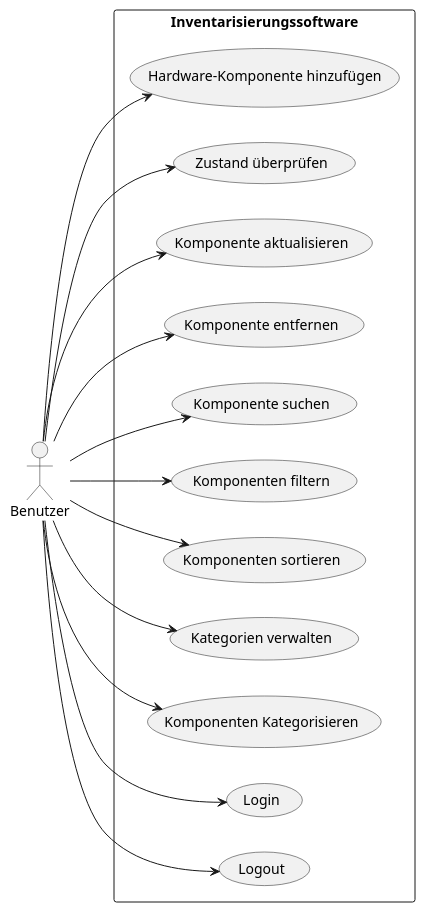
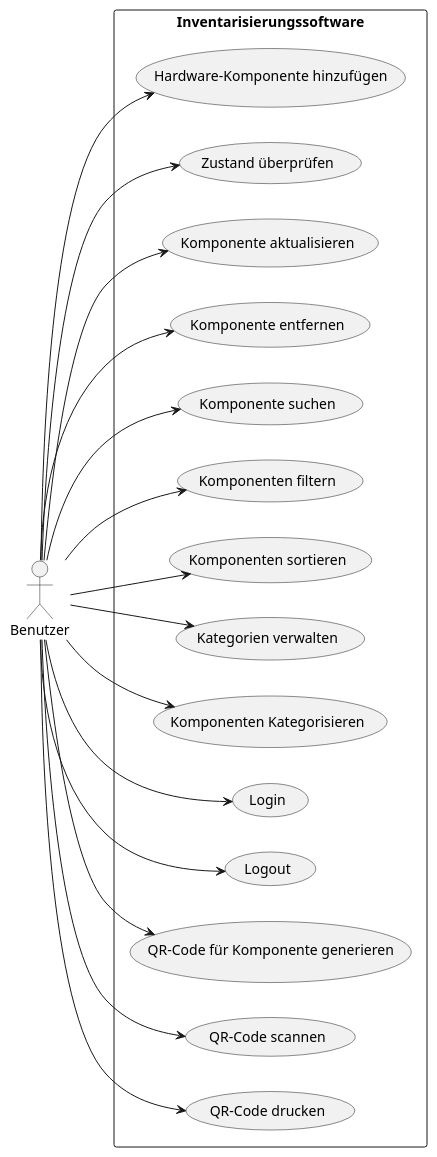
One commit to 2324-3bhif-teaching/Inventory changed the diagram in ProjectDocs/UseCase.puml. Above: the diagram before and after it, drawn with PlantUML.

```diff
--- a/ProjectDocs/UseCase.puml
+++ b/ProjectDocs/UseCase.puml
@@ -1,31 +1,37 @@
 @startuml
 left to right direction
 skinparam packageStyle rectangle
 
 actor Benutzer as User
 rectangle "Inventarisierungssoftware" {
   usecase "Hardware-Komponente hinzufügen" as UC1
   usecase "Zustand überprüfen" as UC2
   usecase "Komponente aktualisieren" as UC3
   usecase "Komponente entfernen" as UC4
   usecase "Komponente suchen" as UC5
   usecase "Komponenten filtern" as UC6
   usecase "Komponenten sortieren" as UC7
   usecase "Kategorien verwalten" as UC8
   usecase "Komponenten Kategorisieren" as UC9
   usecase "Login" as UC10
   usecase "Logout" as UC11
+  usecase "QR-Code für Komponente generieren" as UC12
+  usecase "QR-Code scannen" as UC13
+  usecase "QR-Code drucken" as UC14
 
   User --> UC1
   User --> UC2
   User --> UC3
   User --> UC4
   User --> UC5
   User --> UC6
   User --> UC7
   User --> UC8
   User --> UC9
   User --> UC10
   User --> UC11
+  User --> UC12
+  User --> UC13
+  User --> UC14
 }
 @enduml
```
